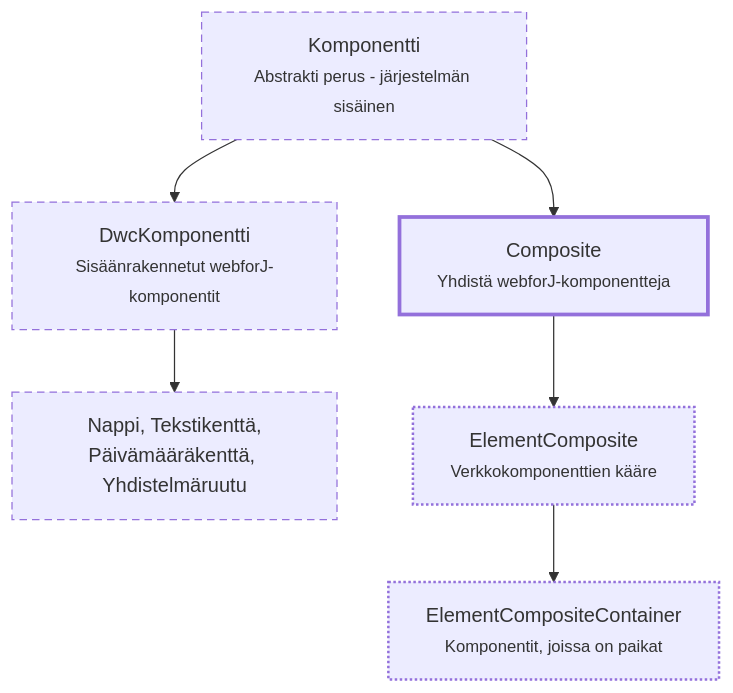
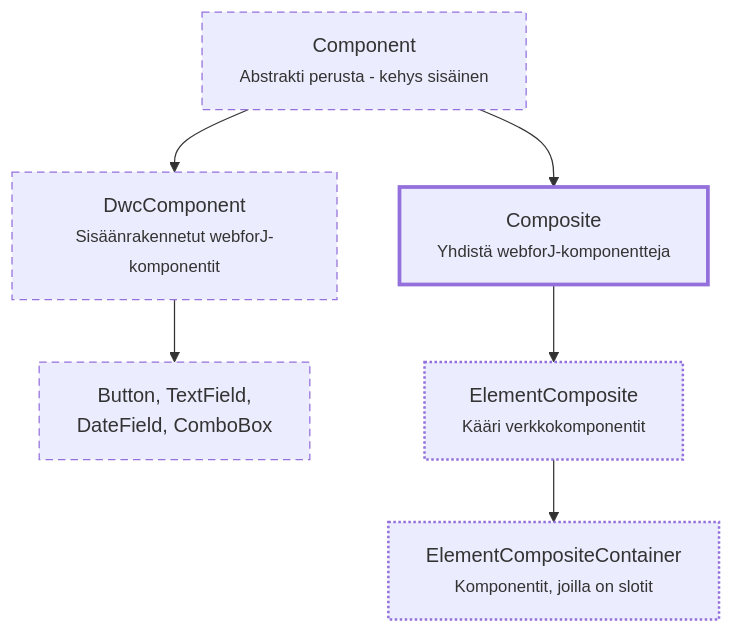
Before and after one commit to webforj/webforj-documentation: the diagram in docs/i18n/fi/docusaurus-plugin-content-docs/current/building-ui/component-fundamentals.md, drawn with Mermaid. The commit also changed other lines of this file and 23 other files, not shown here.

````diff
--- a/docs/i18n/fi/docusaurus-plugin-content-docs/current/building-ui/component-fundamentals.md
+++ b/docs/i18n/fi/docusaurus-plugin-content-docs/current/building-ui/component-fundamentals.md
@@ -52,19 +52,19 @@
 ```mermaid
 graph TD
-  A[Komponentti<br/><small>Abstrakti perus - järjestelmän sisäinen</small>]
+  A[Component<br/><small>Abstrakti perusta - kehys sisäinen</small>]
   
-  A --> B[DwcKomponentti<br/><small>Sisäänrakennetut webforJ-komponentit</small>]
+  A --> B[DwcComponent<br/><small>Sisäänrakennetut webforJ-komponentit</small>]
   A --> C[Composite<br/><small>Yhdistä webforJ-komponentteja</small>]
   
-  B --> E[Nappi, Tekstikenttä,<br/>Päivämääräkenttä, Yhdistelmäruutu]
+  B --> E[Button, TextField,<br/>DateField, ComboBox]
   
-  C --> D[ElementComposite<br/><small>Verkkokomponenttien kääre</small>]
-  D --> F[ElementCompositeContainer<br/><small>Komponentit, joissa on paikat</small>]
+  C --> D[ElementComposite<br/><small>Kääri verkkokomponentit</small>]
+  D --> F[ElementCompositeContainer<br/><small>Komponentit, joilla on slotit</small>]
 
   classDef internal stroke-dasharray:6 4,stroke-width:1px
   classDef primary stroke-width:3px
   classDef secondary stroke-width:2px,stroke-dasharray:2 2
   class A,B,E internal
   class C primary
   class D,F secondary
 ```
````
